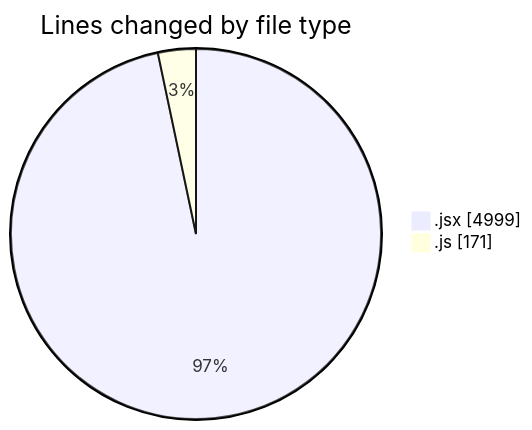
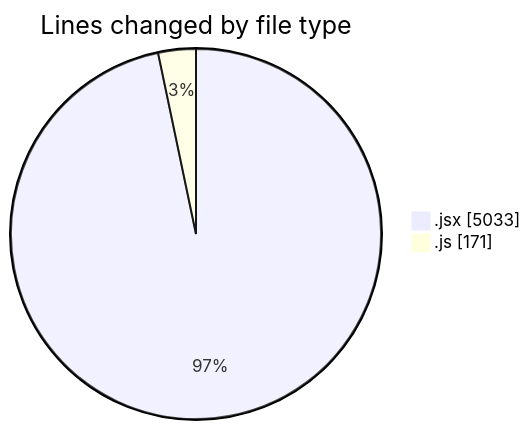
The first of 2 diagrams in 2025-07-09/argos/README.md (nxtqubesakshisongat/code-tracking), drawn with Mermaid before and after one commit. The commit also changed other lines of this file and 1 other file, not shown here.

````diff
--- a/2025-07-09/argos/README.md
+++ b/2025-07-09/argos/README.md
@@ -26,6 +26,6 @@
 ```mermaid
 pie showData
 title Lines changed by file type
-".jsx" : 4999
+".jsx" : 5033
 ".js" : 171
 ```
````
